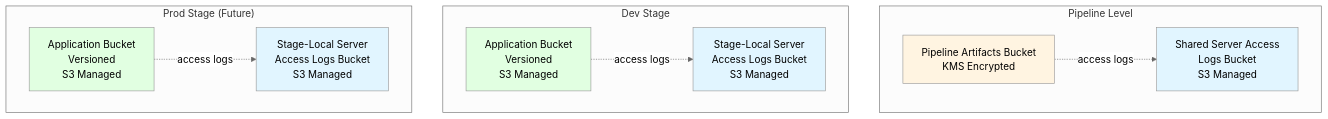
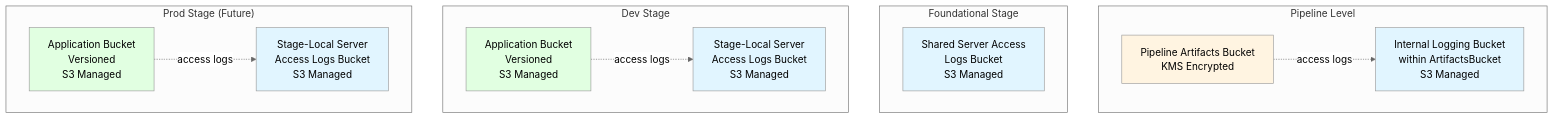
The third of 9 diagrams in docs/diagrams.md (tramaine-codes/aws-cdk-delivery-patterns), drawn with Mermaid (neutral theme) before and after one commit. The commit also changed other lines of this file and 15 other files, not shown here.

First line of the commit message:
refactor: move foundational stacks into pipeline-managed stage

````diff
--- a/docs/diagrams.md
+++ b/docs/diagrams.md
@@ -49,21 +59,26 @@
 ```mermaid
 graph TD
     subgraph "Pipeline Level"
-        A[Pipeline Artifacts Bucket<br/>KMS Encrypted] -.->|access logs| B[Shared Server Access<br/>Logs Bucket<br/>S3 Managed]
+        A[Pipeline Artifacts Bucket<br/>KMS Encrypted] -.->|access logs| B[Internal Logging Bucket<br/>within ArtifactsBucket<br/>S3 Managed]
     end
-    
+
+    subgraph "Foundational Stage"
+        C[Shared Server Access<br/>Logs Bucket<br/>S3 Managed]
+    end
+
     subgraph "Dev Stage"
-        C[Application Bucket<br/>Versioned<br/>S3 Managed] -.->|access logs| D[Stage-Local Server<br/>Access Logs Bucket<br/>S3 Managed]
+        D[Application Bucket<br/>Versioned<br/>S3 Managed] -.->|access logs| E[Stage-Local Server<br/>Access Logs Bucket<br/>S3 Managed]
     end
-    
+
     subgraph "Prod Stage (Future)"
-        E[Application Bucket<br/>Versioned<br/>S3 Managed] -.->|access logs| F[Stage-Local Server<br/>Access Logs Bucket<br/>S3 Managed]
+        F[Application Bucket<br/>Versioned<br/>S3 Managed] -.->|access logs| G[Stage-Local Server<br/>Access Logs Bucket<br/>S3 Managed]
     end
-    
+
     style A fill:#fff4e1
     style B fill:#e1f5ff
-    style C fill:#e1ffe1
-    style D fill:#e1f5ff
-    style E fill:#e1ffe1
-    style F fill:#e1f5ff
+    style C fill:#e1f5ff
+    style D fill:#e1ffe1
+    style E fill:#e1f5ff
+    style F fill:#e1ffe1
+    style G fill:#e1f5ff
 ```
````
